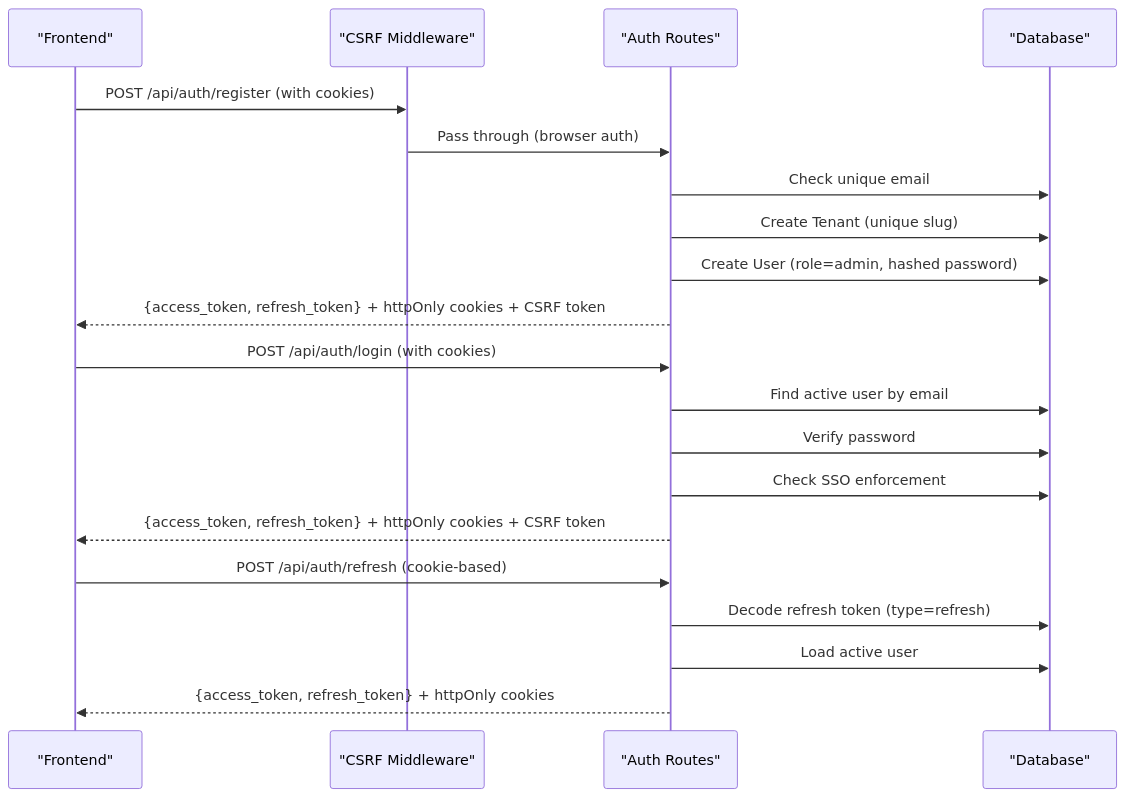
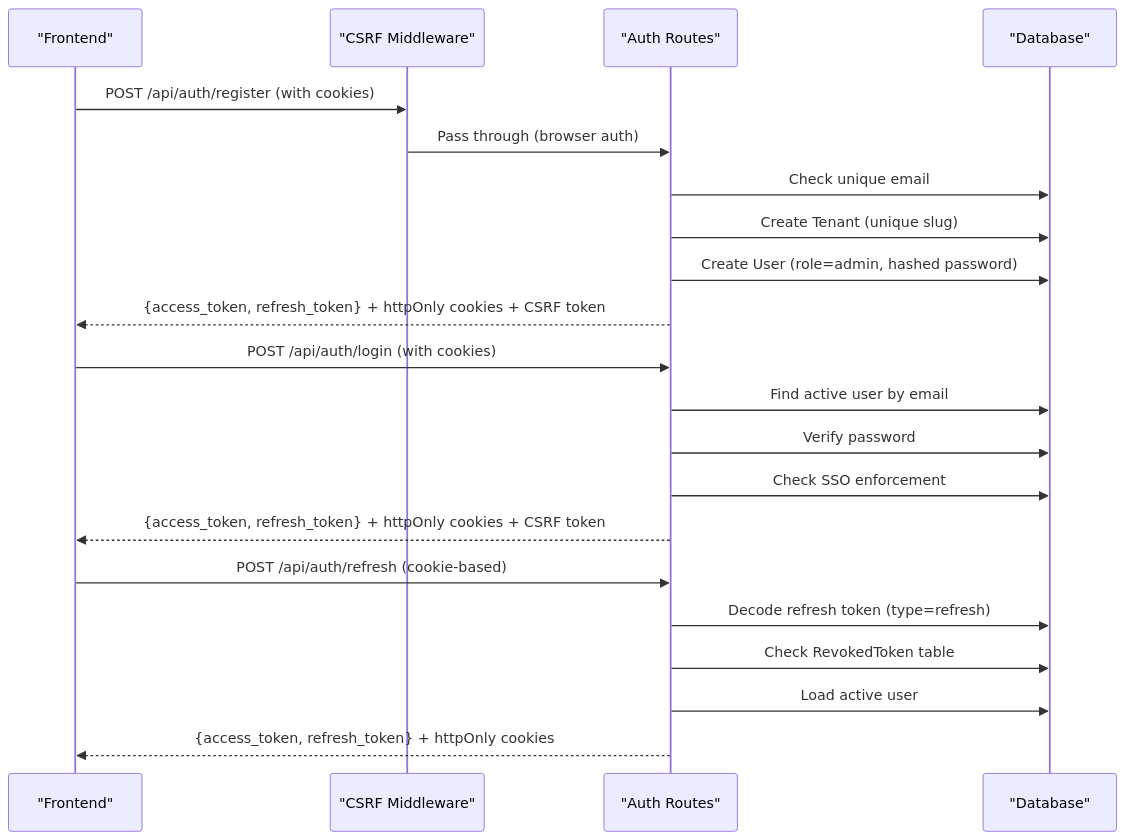
The ninth of 19 diagrams in .qoder/repowiki/en/content/Authentication & Authorization/Authentication & Authorization.md (Revanththetalogics/aireume), drawn with Mermaid before and after one commit. The commit also changed other lines of this file and 13 other files, not shown here.

````diff
--- a/.qoder/repowiki/en/content/Authentication & Authorization/Authentication & Authorization.md
+++ b/.qoder/repowiki/en/content/Authentication & Authorization/Authentication & Authorization.md
@@ -380,22 +471,23 @@
 ```mermaid
 sequenceDiagram
 participant FE as "Frontend"
 participant CSRF as "CSRF Middleware"
 participant API as "Auth Routes"
 participant DB as "Database"
 FE->>CSRF : POST /api/auth/register (with cookies)
 CSRF->>API : Pass through (browser auth)
 API->>DB : Check unique email
 API->>DB : Create Tenant (unique slug)
 API->>DB : Create User (role=admin, hashed password)
 API-->>FE : {access_token, refresh_token} + httpOnly cookies + CSRF token
 FE->>API : POST /api/auth/login (with cookies)
 API->>DB : Find active user by email
 API->>DB : Verify password
 API->>DB : Check SSO enforcement
 API-->>FE : {access_token, refresh_token} + httpOnly cookies + CSRF token
 FE->>API : POST /api/auth/refresh (cookie-based)
 API->>DB : Decode refresh token (type=refresh)
+API->>DB : Check RevokedToken table
 API->>DB : Load active user
 API-->>FE : {access_token, refresh_token} + httpOnly cookies
 ```
````
